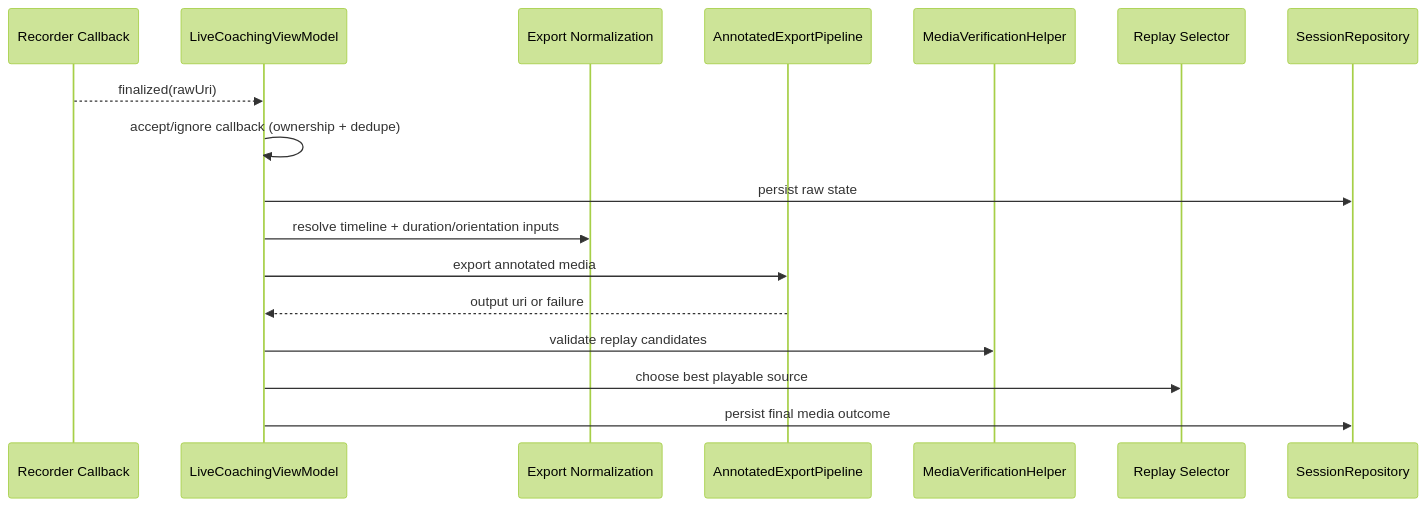
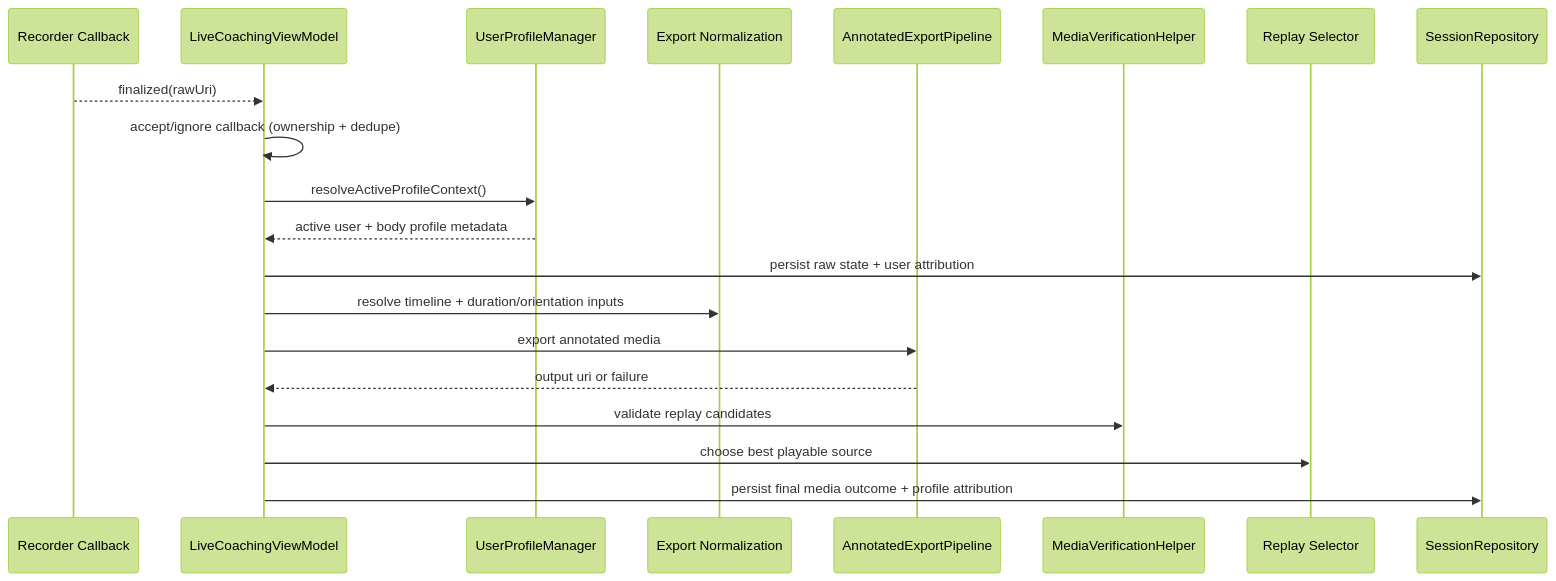
One commit to Voycepeh/CaliVision changed the diagram in docs/diagrams/sequence-export-finalization.md. Above: the diagram before and after it, drawn with Mermaid (forest theme). The commit also changed 5 other files, not shown here.

````diff
--- a/docs/diagrams/sequence-export-finalization.md
+++ b/docs/diagrams/sequence-export-finalization.md
@@ -3,20 +3,23 @@
 ```mermaid
 sequenceDiagram
   participant REC as Recorder Callback
   participant VM as LiveCoachingViewModel
+  participant UPM as UserProfileManager
   participant NORM as Export Normalization
   participant EXP as AnnotatedExportPipeline
   participant VERIFY as MediaVerificationHelper
   participant SEL as Replay Selector
   participant REPO as SessionRepository
 
   REC-->>VM: finalized(rawUri)
   VM->>VM: accept/ignore callback (ownership + dedupe)
-  VM->>REPO: persist raw state
+  VM->>UPM: resolveActiveProfileContext()
+  UPM-->>VM: active user + body profile metadata
+  VM->>REPO: persist raw state + user attribution
   VM->>NORM: resolve timeline + duration/orientation inputs
   VM->>EXP: export annotated media
   EXP-->>VM: output uri or failure
   VM->>VERIFY: validate replay candidates
   VM->>SEL: choose best playable source
-  VM->>REPO: persist final media outcome
+  VM->>REPO: persist final media outcome + profile attribution
 ```
````
